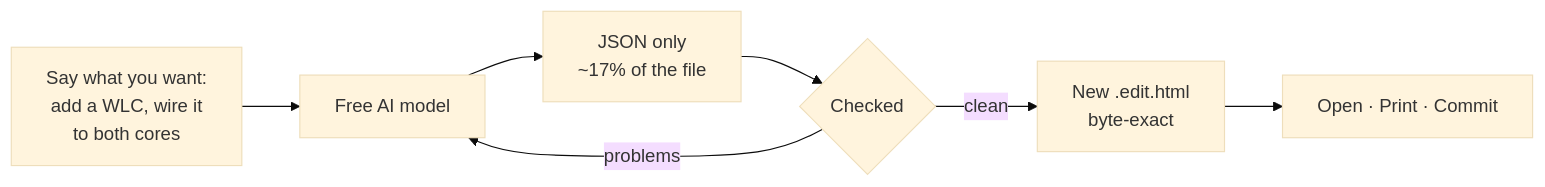
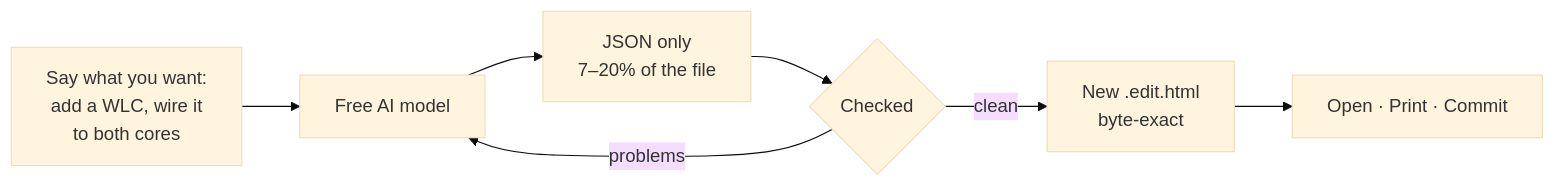
One commit to cloudbatsx/network-design-html changed the diagram in README.md. Above: the diagram before and after it, drawn with Mermaid (base theme). The commit also changed other lines of this file and 3 other files, not shown here.

````diff
--- a/README.md
+++ b/README.md
@@ -24,9 +33,9 @@
 ```mermaid
 flowchart LR
     A["Say what you want:<br/>add a WLC, wire it<br/>to both cores"] --> B["Free AI model"]
-    B --> C["JSON only<br/>~17% of the file"]
+    B --> C["JSON only<br/>7–20% of the file"]
     C --> D{"Checked"}
     D -- problems --> B
     D -- clean --> E["New .edit.html<br/>byte-exact"]
     E --> F["Open · Print · Commit"]
 ```
````
